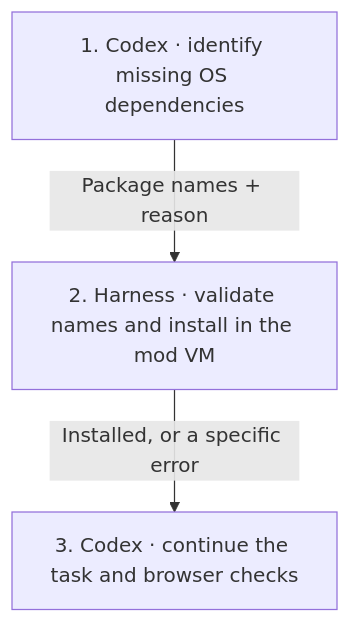
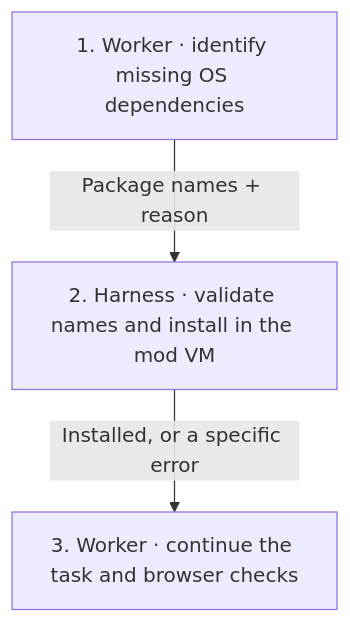
The third of 4 diagrams in docs/sandbox.md (minimumeffort-dev/sprowt.harness), drawn with Mermaid before and after one commit. The commit also changed other lines of this file and 24 other files, not shown here.

````diff
--- a/docs/sandbox.md
+++ b/docs/sandbox.md
@@ -68,8 +68,8 @@
 ```mermaid
 flowchart TB
-    worker["1. Codex · identify missing OS dependencies"]
+    worker["1. Worker · identify missing OS dependencies"]
     setup["2. Harness · validate names and install in the mod VM"]
-    task["3. Codex · continue the task and browser checks"]
+    task["3. Worker · continue the task and browser checks"]
     worker -->|"Package names + reason"| setup
     setup -->|"Installed, or a specific error"| task
 ```
````
